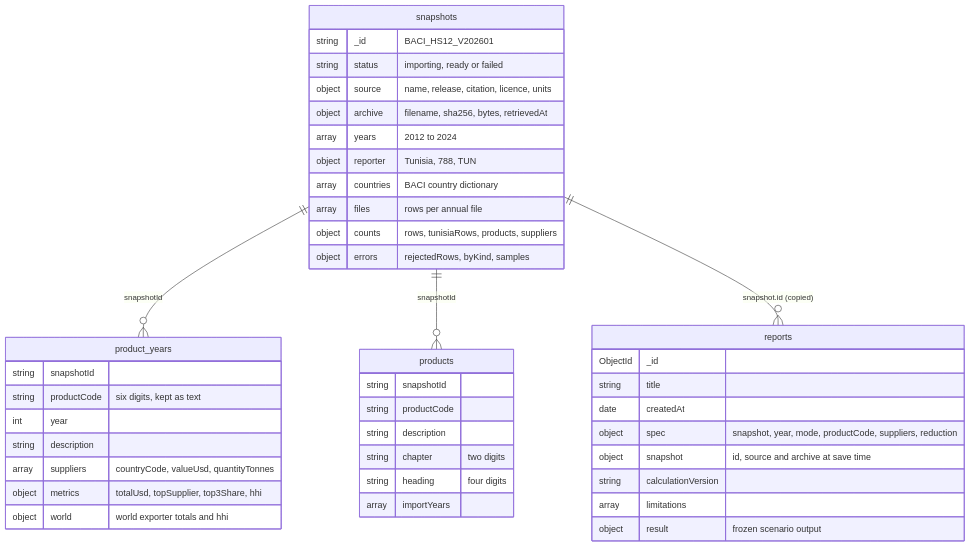
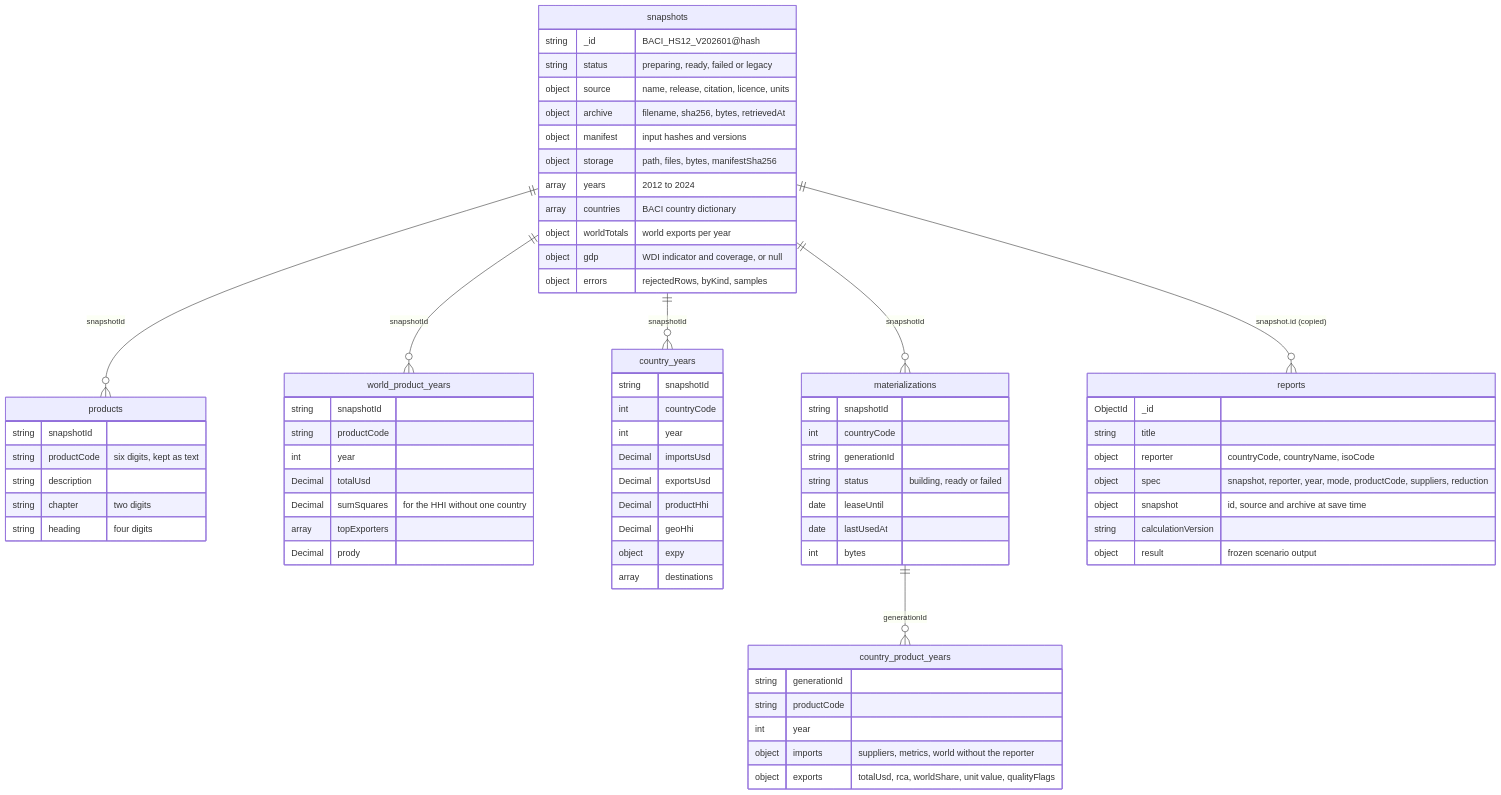
Before and after one commit to ReguiguiMohamed/AtlasOfDoubt: the second of 4 diagrams in docs/conception.md, drawn with Mermaid. The commit also changed other lines of this file and 30 other files, not shown here.

````diff
--- a/docs/conception.md
+++ b/docs/conception.md
@@ -64,45 +75,74 @@
 ```mermaid
 erDiagram
-    snapshots ||--o{ product_years : "snapshotId"
     snapshots ||--o{ products : "snapshotId"
+    snapshots ||--o{ world_product_years : "snapshotId"
+    snapshots ||--o{ country_years : "snapshotId"
+    snapshots ||--o{ materializations : "snapshotId"
+    materializations ||--o{ country_product_years : "generationId"
     snapshots ||--o{ reports : "snapshot.id (copied)"
     snapshots {
-        string _id "BACI_HS12_V202601"
-        string status "importing, ready or failed"
+        string _id "BACI_HS12_V202601@hash"
+        string status "preparing, ready, failed or legacy"
         object source "name, release, citation, licence, units"
         object archive "filename, sha256, bytes, retrievedAt"
+        object manifest "input hashes and versions"
+        object storage "path, files, bytes, manifestSha256"
         array years "2012 to 2024"
-        object reporter "Tunisia, 788, TUN"
         array countries "BACI country dictionary"
-        array files "rows per annual file"
-        object counts "rows, tunisiaRows, products, suppliers"
+        object worldTotals "world exports per year"
+        object gdp "WDI indicator and coverage, or null"
         object errors "rejectedRows, byKind, samples"
-    }
-    product_years {
-        string snapshotId
-        string productCode "six digits, kept as text"
-        int year
-        string description
-        array suppliers "countryCode, valueUsd, quantityTonnes"
-        object metrics "totalUsd, topSupplier, top3Share, hhi"
-        object world "world exporter totals and hhi"
     }
     products {
         string snapshotId
-        string productCode
+        string productCode "six digits, kept as text"
         string description
         string chapter "two digits"
         string heading "four digits"
-        array importYears
+    }
+    world_product_years {
+        string snapshotId
+        string productCode
+        int year
+        Decimal totalUsd
+        Decimal sumSquares "for the HHI without one country"
+        array topExporters
+        Decimal prody
+    }
+    country_years {
+        string snapshotId
+        int countryCode
+        int year
+        Decimal importsUsd
+        Decimal exportsUsd
+        Decimal productHhi
+        Decimal geoHhi
+        object expy
+        array destinations
+    }
+    materializations {
+        string snapshotId
+        int countryCode
+        string generationId
+        string status "building, ready or failed"
+        date leaseUntil
+        date lastUsedAt
+        int bytes
+    }
+    country_product_years {
+        string generationId
+        string productCode
+        int year
+        object imports "suppliers, metrics, world without the reporter"
+        object exports "totalUsd, rca, worldShare, unit value, qualityFlags"
     }
     reports {
         ObjectId _id
         string title
-        date createdAt
-        object spec "snapshot, year, mode, productCode, suppliers, reduction"
+        object reporter "countryCode, countryName, isoCode"
+        object spec "snapshot, reporter, year, mode, productCode, suppliers, reduction"
         object snapshot "id, source and archive at save time"
         string calculationVersion
-        array limitations
         object result "frozen scenario output"
     }
 ```
````
